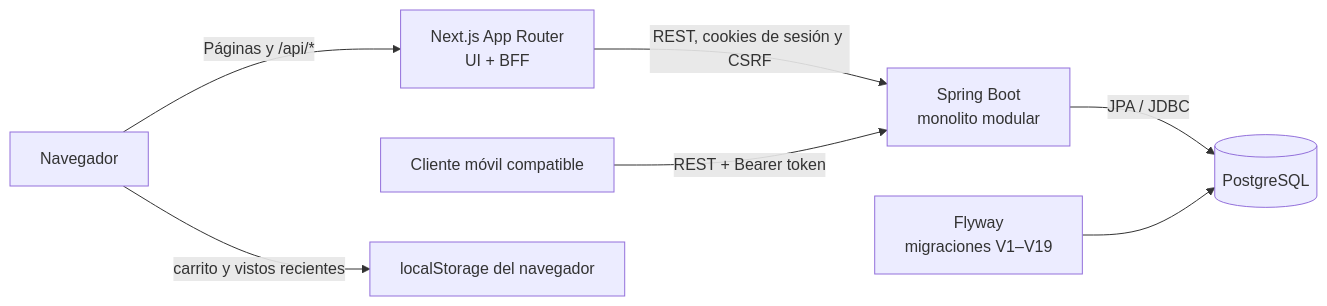
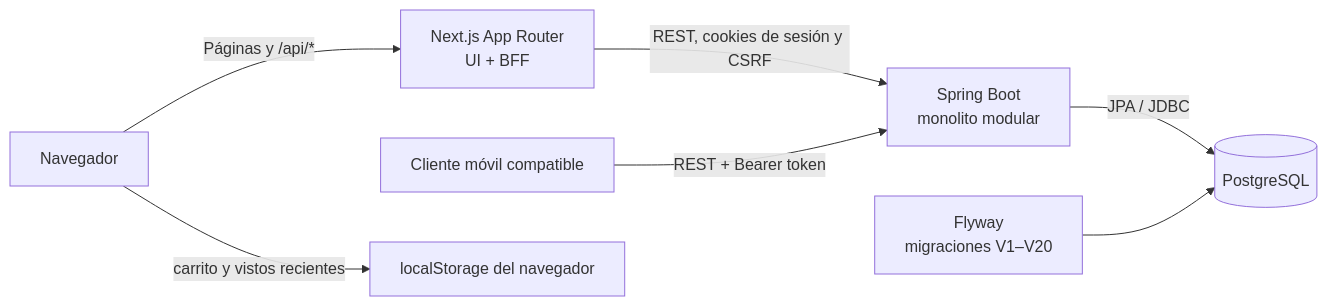
The diagram in docs/contexto-proyecto.md (EmirGutierrez/nexo-e-commerce), drawn with Mermaid before and after one commit. The commit also changed other lines of this file and 13 other files, not shown here.

````diff
--- a/docs/contexto-proyecto.md
+++ b/docs/contexto-proyecto.md
@@ -13,9 +13,9 @@
 ```mermaid
 flowchart LR
     Browser["Navegador"] -->|Páginas y /api/*| Next["Next.js App Router<br/>UI + BFF"]
     Next -->|REST, cookies de sesión y CSRF| Spring["Spring Boot<br/>monolito modular"]
     Mobile["Cliente móvil compatible"] -->|REST + Bearer token| Spring
     Spring -->|JPA / JDBC| PG[("PostgreSQL")]
-Flyway["Flyway<br/>migraciones V1–V19"] --> PG
+Flyway["Flyway<br/>migraciones V1–V20"] --> PG
     Browser -->|carrito y vistos recientes| Local["localStorage del navegador"]
 ```
````
